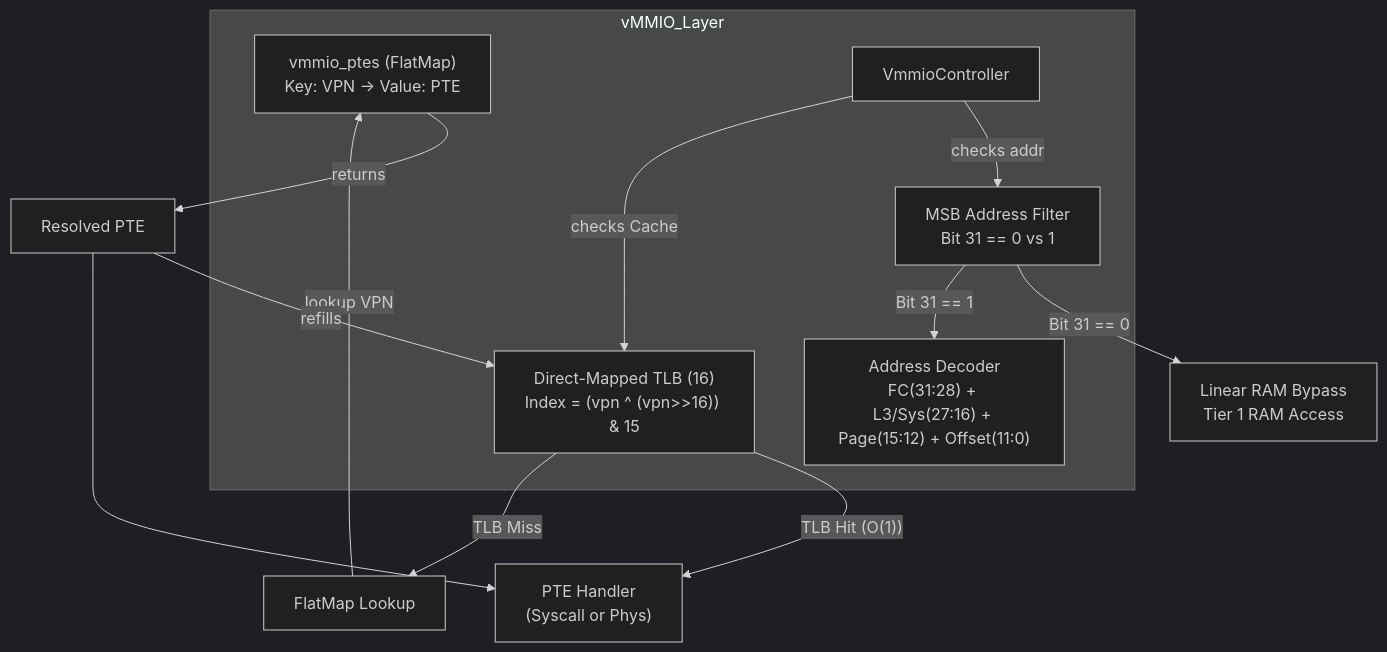
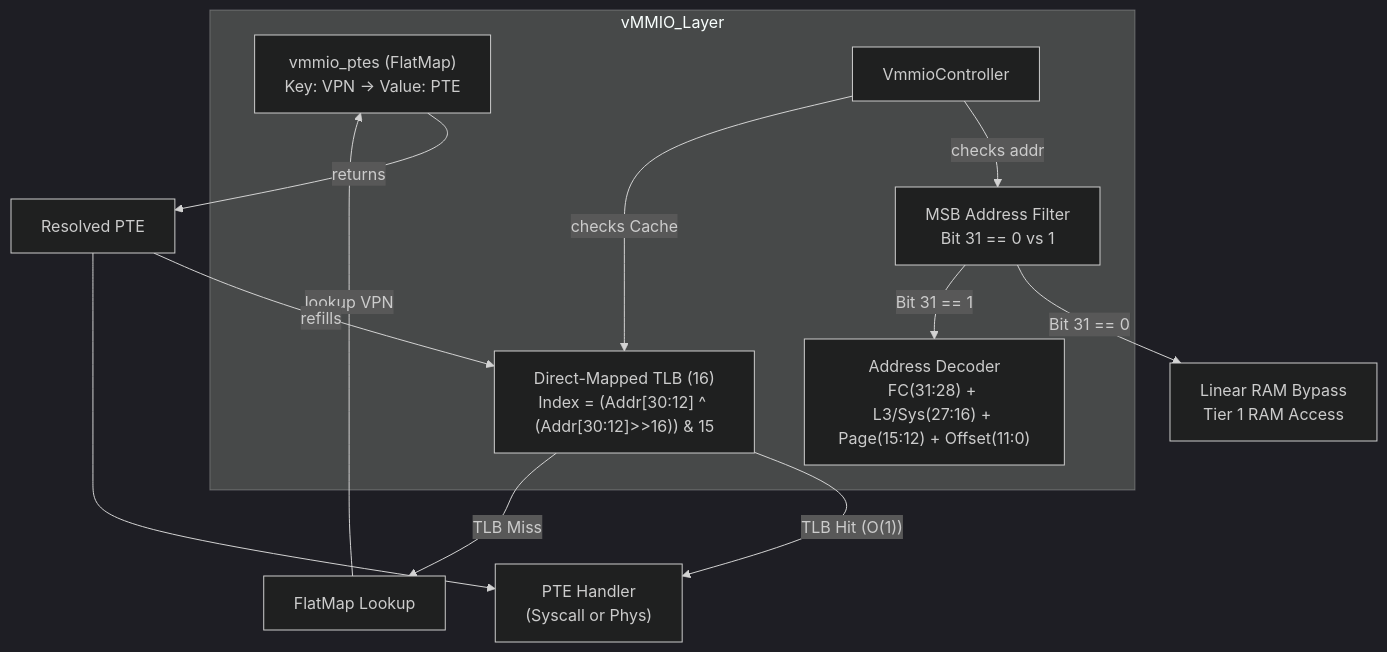
One commit to kmt-t/fireball changed the first of 3 diagrams in docs/components/tier2_runtime/runtime_vmmio.md. Above: the diagram before and after it, drawn with Mermaid (dark theme). The commit also changed other lines of this file and 4 other files, not shown here.

Commit message:
refactor(vmmio): compute TLB index from address bits [30:12] hash

````diff
--- a/docs/components/tier2_runtime/runtime_vmmio.md
+++ b/docs/components/tier2_runtime/runtime_vmmio.md
@@ -57,21 +57,21 @@
 ```mermaid
 graph TD
     subgraph vMMIO_Layer
         Filter["MSB Address Filter<br/>Bit 31 == 0 vs 1"]
         Decoder["Address Decoder<br/>FC(31:28) + L3/Sys(27:16) + Page(15:12) + Offset(11:0)"]
         FlatMap["vmmio_ptes (FlatMap)<br/>Key: VPN -> Value: PTE"]
-        TLB["Direct-Mapped TLB (16)<br/>Index = (vpn ^ (vpn>>16)) & 15"]
+        TLB["Direct-Mapped TLB (16)<br/>Index = (Addr[30:12] ^ (Addr[30:12]>>16)) & 15"]
         Controller["VmmioController"]
     end
 
     Controller -- checks addr --> Filter
     Filter -- Bit 31 == 0 --> Bypass[Linear RAM Bypass\nTier 1 RAM Access]
     Filter -- Bit 31 == 1 --> Decoder
     Controller -- checks Cache --> TLB
     TLB -- TLB Hit (O(1)) --> Handler["PTE Handler\n(Syscall or Phys)"]
     TLB -- TLB Miss --> Walk[FlatMap Lookup]
     Walk -- lookup VPN --> FlatMap
     FlatMap -- returns --> WalkResult[Resolved PTE]
     WalkResult -- refills --> TLB
     WalkResult --> Handler
 ```
````
